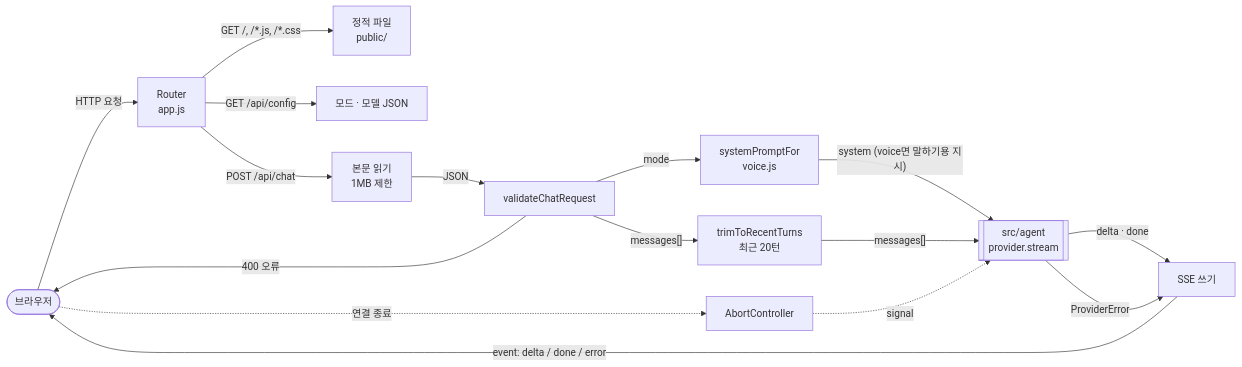
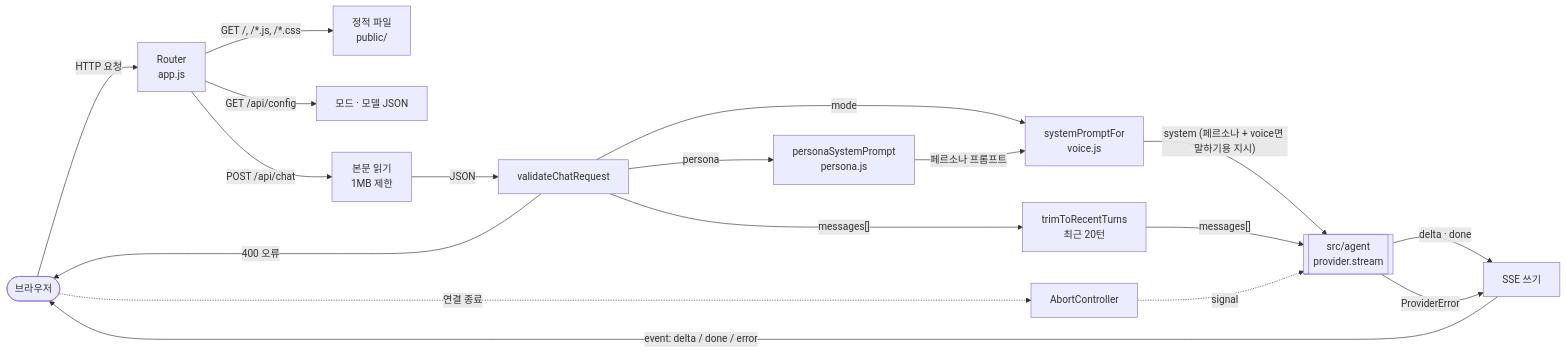
Before and after one commit to kimtaesung98/ai-agent-chat-demo: the diagram in src/server/README.md, drawn with Mermaid. The commit also changed other lines of this file and 17 other files, not shown here.

````diff
--- a/src/server/README.md
+++ b/src/server/README.md
@@ -30,18 +30,20 @@
 ```mermaid
 flowchart LR
     Browser([브라우저]) -->|"HTTP 요청"| Router[Router<br>app.js]
     Router -->|"GET /, /*.js, /*.css"| Static[정적 파일<br>public/]
     Router -->|"GET /api/config"| Config[모드 · 모델 JSON]
     Router -->|"POST /api/chat"| Body[본문 읽기<br>1MB 제한]
     Body -->|"JSON"| Validate[validateChatRequest]
     Validate -->|"400 오류"| Browser
     Validate -->|"messages[]"| Trim[trimToRecentTurns<br>최근 20턴]
     Validate -->|"mode"| Voice[systemPromptFor<br>voice.js]
-    Voice -->|"system (voice면 말하기용 지시)"| Agent
+    Validate -->|"persona"| Persona[personaSystemPrompt<br>persona.js]
+    Persona -->|"페르소나 프롬프트"| Voice
+    Voice -->|"system (페르소나 + voice면 말하기용 지시)"| Agent
     Trim -->|"messages[]"| Agent[[src/agent<br>provider.stream]]
     Agent -->|"delta · done"| SSE[SSE 쓰기]
     Agent -->|"ProviderError"| SSE
     SSE -->|"event: delta / done / error"| Browser
     Browser -.->|"연결 종료"| Abort[AbortController]
     Abort -.->|"signal"| Agent
 ```
````
